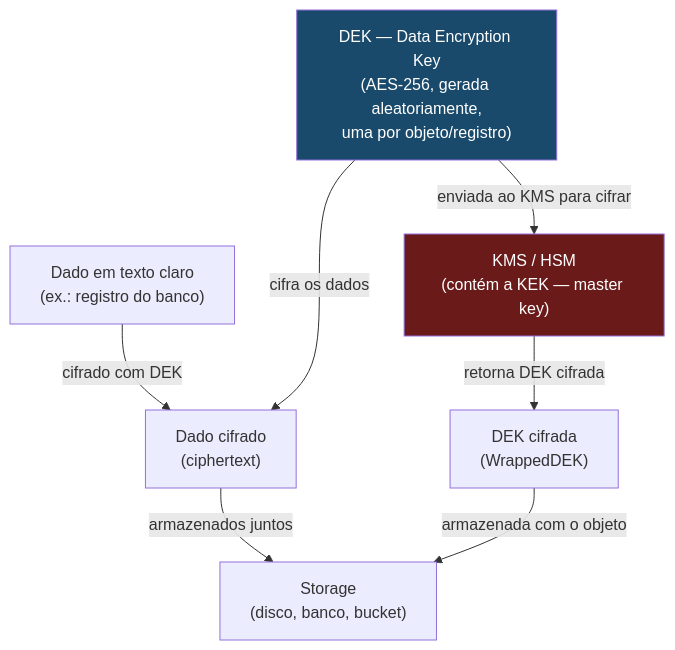
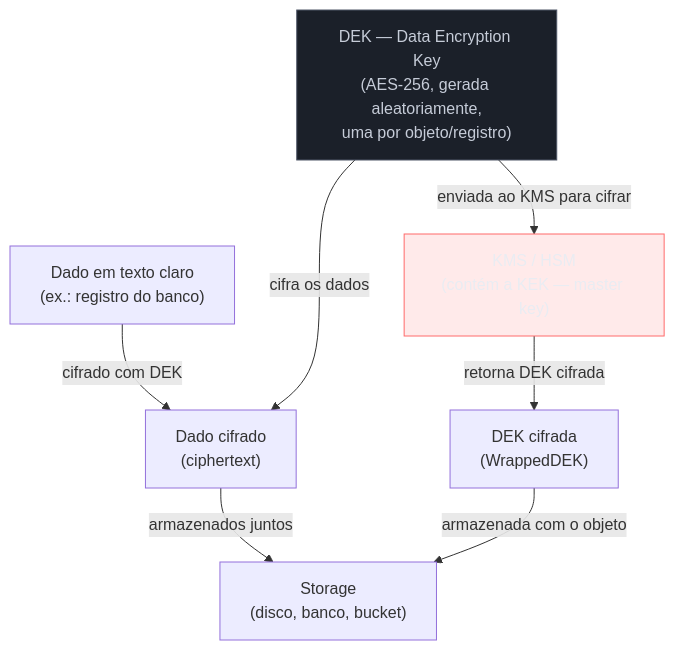
Before and after one commit to josenaldo/codex-technomanticus: the fifth of 6 diagrams in 03-Dominios/Engenharia/Segurança/14 - Criptografia em trânsito e em repouso.md, drawn with Mermaid. The commit also changed other lines of this file and 1181 other files, not shown here.

First line of the commit message:
fix(diagramas): paleta do sistema no lugar de cor cravada no markdown

````diff
--- a/03-Dominios/Engenharia/Segurança/14 - Criptografia em trânsito e em repouso.md
+++ b/03-Dominios/Engenharia/Segurança/14 - Criptografia em trânsito e em repouso.md
@@ -200,11 +203,13 @@
 ```mermaid
 flowchart TD
+    classDef falha fill:#FF6B6B24,stroke:#FF6B6B,color:#E9ECF2
+    classDef neutro fill:#1B2029,stroke:#4E5666,color:#C6CCD8
     DADO["Dado em texto claro\n(ex.: registro do banco)"] -->|"cifrado com DEK"| OBJ_DEC["Dado cifrado\n(ciphertext)"]
     DEK["DEK — Data Encryption Key\n(AES-256, gerada aleatoriamente,\numa por objeto/registro)"] -->|"cifra os dados"| OBJ_DEC
     DEK -->|"enviada ao KMS para cifrar"| KMS["KMS / HSM\n(contém a KEK — master key)"]
     KMS -->|"retorna DEK cifrada"| DEK_C["DEK cifrada\n(WrappedDEK)"]
     OBJ_DEC -->|"armazenados juntos"| STORAGE["Storage\n(disco, banco, bucket)"]
     DEK_C -->|"armazenada com o objeto"| STORAGE
-    style KMS fill:#6b1a1a,color:#fff
-    style DEK fill:#1a4a6b,color:#fff
+    class KMS falha
+    class DEK neutro
 ```
````
